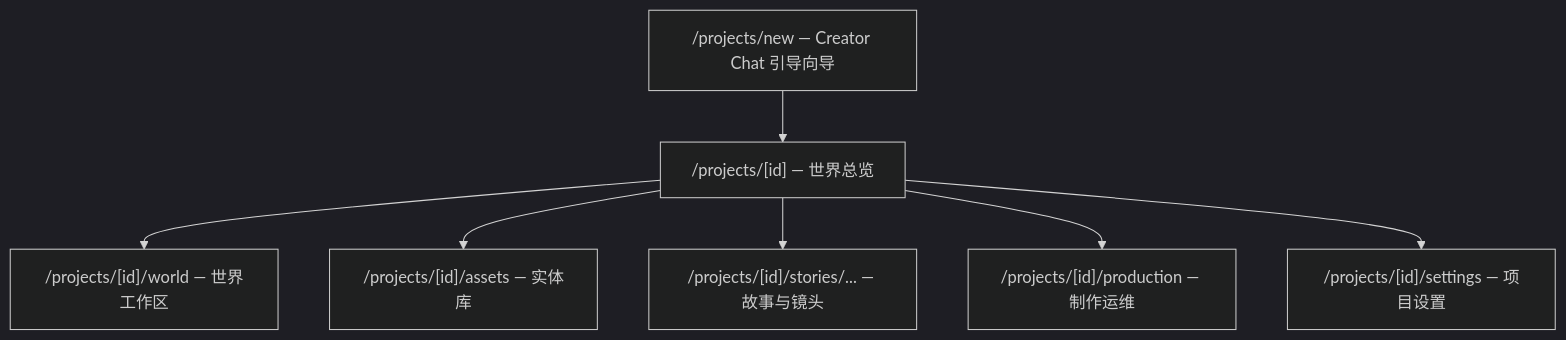
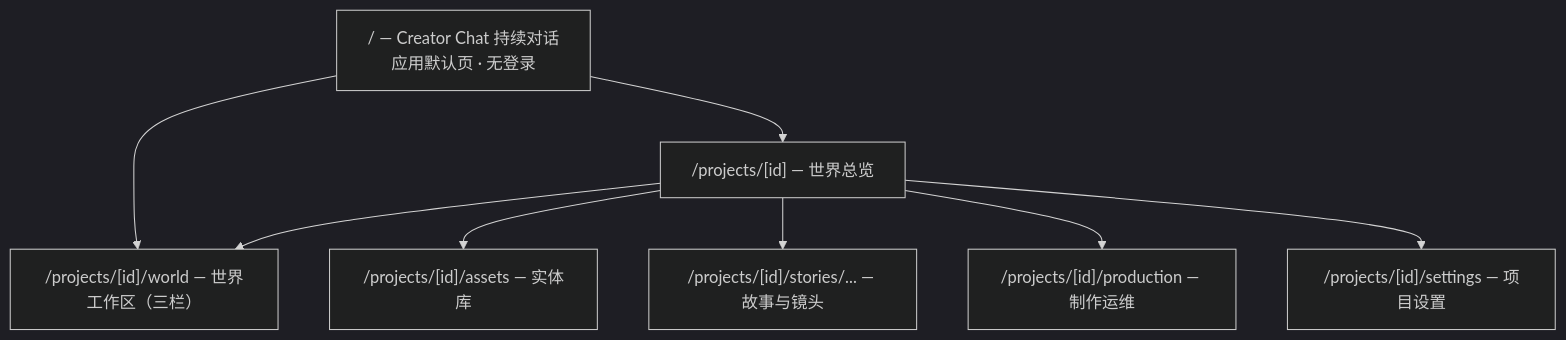
One commit to qingyu-ak/Zivith changed the first of 2 diagrams in docs/product/UI-Information-Architecture.md. Above: the diagram before and after it, drawn with Mermaid (dark theme). The commit also changed other lines of this file and 16 other files, not shown here.

````diff
--- a/docs/product/UI-Information-Architecture.md
+++ b/docs/product/UI-Information-Architecture.md
@@ -70,17 +70,18 @@
 ```mermaid
 flowchart TD
-    Entry["/projects/new — Creator Chat 引导向导"]
+    Entry["/ — Creator Chat 持续对话<br/>应用默认页 · 无登录"]
     Overview["/projects/[id] — 世界总览"]
-    World["/projects/[id]/world — 世界工作区"]
+    World["/projects/[id]/world — 世界工作区（三栏）"]
     Library["/projects/[id]/assets — 实体库"]
     Story["/projects/[id]/stories/... — 故事与镜头"]
     Prod["/projects/[id]/production — 制作运维"]
     Settings["/projects/[id]/settings — 项目设置"]
 
+    Entry --> World
     Entry --> Overview
     Overview --> World
     Overview --> Library
     Overview --> Story
     Overview --> Prod
     Overview --> Settings
 ```
````
